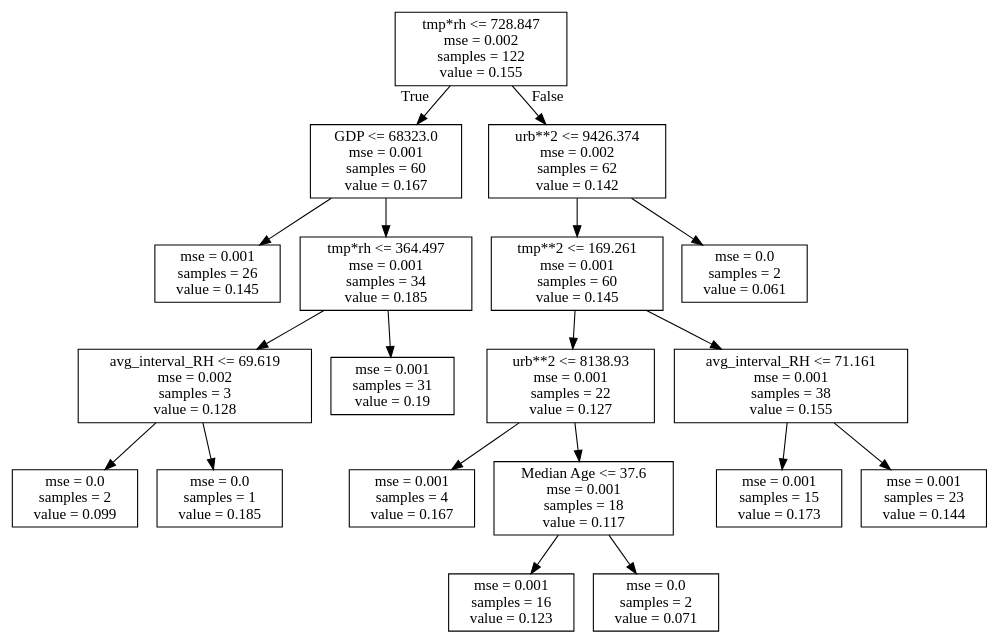
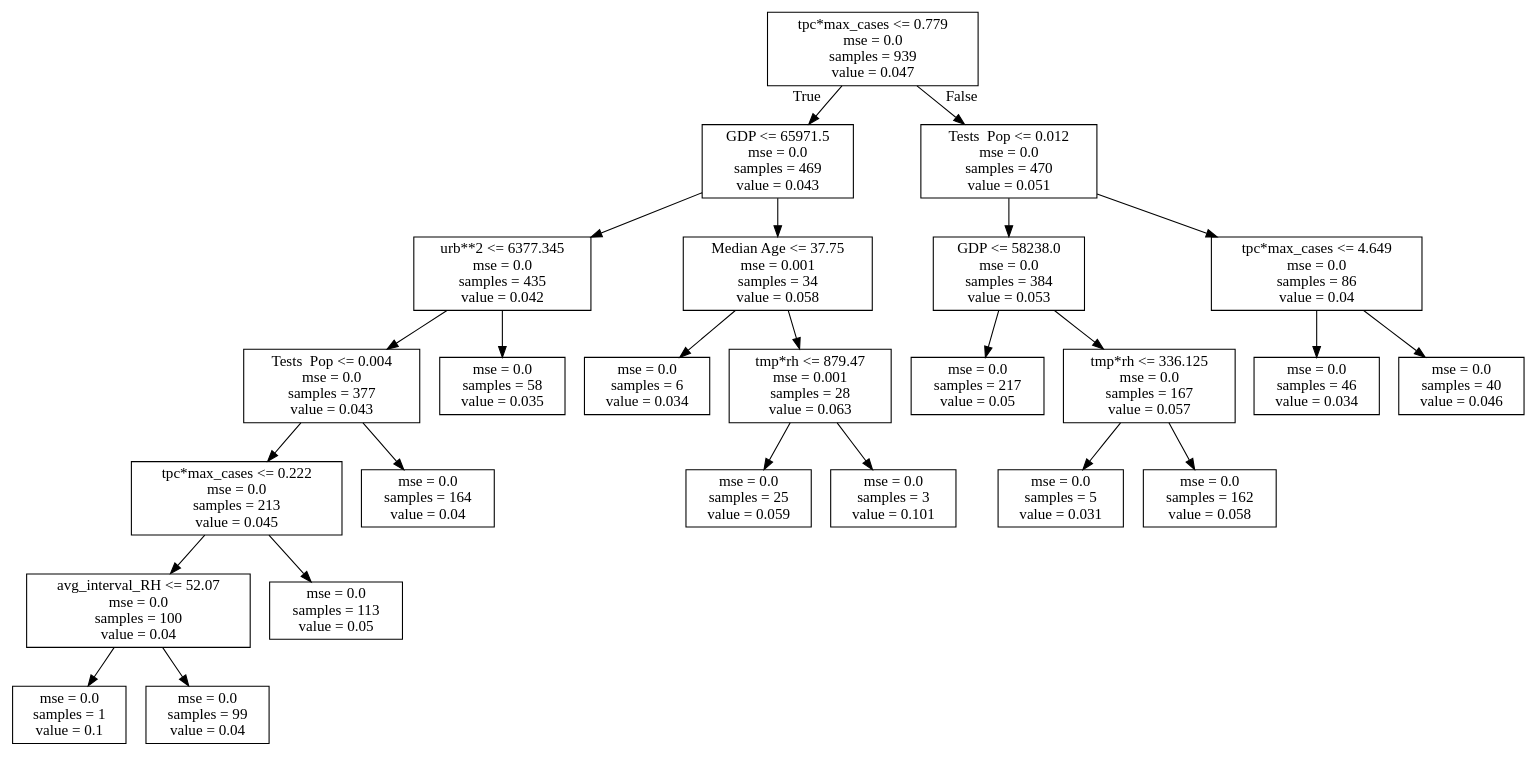
Before and after one commit to hopl1t/covid19: the diagram in products/decision_tree/decision_tree_GF_Q2_run3.dot, drawn with Graphviz. The commit also changed 55 other files, not shown here.

```diff
--- a/products/decision_tree/decision_tree_GF_Q2_run3.dot
+++ b/products/decision_tree/decision_tree_GF_Q2_run3.dot
@@ -1,40 +1,52 @@
 digraph Tree {
 node [shape=box] ;
-0 [label="tmp*rh <= 728.847\nmse = 0.002\nsamples = 122\nvalue = 0.155"] ;
-1 [label="GDP <= 68323.0\nmse = 0.001\nsamples = 60\nvalue = 0.167"] ;
+0 [label="tpc*max_cases <= 0.779\nmse = 0.0\nsamples = 939\nvalue = 0.047"] ;
+1 [label="GDP <= 65971.5\nmse = 0.0\nsamples = 469\nvalue = 0.043"] ;
 0 -> 1 [labeldistance=2.5, labelangle=45, headlabel="True"] ;
-2 [label="mse = 0.001\nsamples = 26\nvalue = 0.145"] ;
+2 [label="urb**2 <= 6377.345\nmse = 0.0\nsamples = 435\nvalue = 0.042"] ;
 1 -> 2 ;
-3 [label="tmp*rh <= 364.497\nmse = 0.001\nsamples = 34\nvalue = 0.185"] ;
-1 -> 3 ;
-4 [label="avg_interval_RH <= 69.619\nmse = 0.002\nsamples = 3\nvalue = 0.128"] ;
+3 [label="Tests \ Pop <= 0.004\nmse = 0.0\nsamples = 377\nvalue = 0.043"] ;
+2 -> 3 ;
+4 [label="tpc*max_cases <= 0.222\nmse = 0.0\nsamples = 213\nvalue = 0.045"] ;
 3 -> 4 ;
-5 [label="mse = 0.0\nsamples = 2\nvalue = 0.099"] ;
+5 [label="avg_interval_RH <= 52.07\nmse = 0.0\nsamples = 100\nvalue = 0.04"] ;
 4 -> 5 ;
-6 [label="mse = 0.0\nsamples = 1\nvalue = 0.185"] ;
-4 -> 6 ;
-7 [label="mse = 0.001\nsamples = 31\nvalue = 0.19"] ;
-3 -> 7 ;
-8 [label="urb**2 <= 9426.374\nmse = 0.002\nsamples = 62\nvalue = 0.142"] ;
-0 -> 8 [labeldistance=2.5, labelangle=-45, headlabel="False"] ;
-9 [label="tmp**2 <= 169.261\nmse = 0.001\nsamples = 60\nvalue = 0.145"] ;
-8 -> 9 ;
-10 [label="urb**2 <= 8138.93\nmse = 0.001\nsamples = 22\nvalue = 0.127"] ;
-9 -> 10 ;
-11 [label="mse = 0.001\nsamples = 4\nvalue = 0.167"] ;
-10 -> 11 ;
-12 [label="Median Age <= 37.6\nmse = 0.001\nsamples = 18\nvalue = 0.117"] ;
-10 -> 12 ;
-13 [label="mse = 0.001\nsamples = 16\nvalue = 0.123"] ;
-12 -> 13 ;
-14 [label="mse = 0.0\nsamples = 2\nvalue = 0.071"] ;
-12 -> 14 ;
-15 [label="avg_interval_RH <= 71.161\nmse = 0.001\nsamples = 38\nvalue = 0.155"] ;
-9 -> 15 ;
-16 [label="mse = 0.001\nsamples = 15\nvalue = 0.173"] ;
-15 -> 16 ;
-17 [label="mse = 0.001\nsamples = 23\nvalue = 0.144"] ;
-15 -> 17 ;
-18 [label="mse = 0.0\nsamples = 2\nvalue = 0.061"] ;
-8 -> 18 ;
+6 [label="mse = 0.0\nsamples = 1\nvalue = 0.1"] ;
+5 -> 6 ;
+7 [label="mse = 0.0\nsamples = 99\nvalue = 0.04"] ;
+5 -> 7 ;
+8 [label="mse = 0.0\nsamples = 113\nvalue = 0.05"] ;
+4 -> 8 ;
+9 [label="mse = 0.0\nsamples = 164\nvalue = 0.04"] ;
+3 -> 9 ;
+10 [label="mse = 0.0\nsamples = 58\nvalue = 0.035"] ;
+2 -> 10 ;
+11 [label="Median Age <= 37.75\nmse = 0.001\nsamples = 34\nvalue = 0.058"] ;
+1 -> 11 ;
+12 [label="mse = 0.0\nsamples = 6\nvalue = 0.034"] ;
+11 -> 12 ;
+13 [label="tmp*rh <= 879.47\nmse = 0.001\nsamples = 28\nvalue = 0.063"] ;
+11 -> 13 ;
+14 [label="mse = 0.0\nsamples = 25\nvalue = 0.059"] ;
+13 -> 14 ;
+15 [label="mse = 0.0\nsamples = 3\nvalue = 0.101"] ;
+13 -> 15 ;
+16 [label="Tests \ Pop <= 0.012\nmse = 0.0\nsamples = 470\nvalue = 0.051"] ;
+0 -> 16 [labeldistance=2.5, labelangle=-45, headlabel="False"] ;
+17 [label="GDP <= 58238.0\nmse = 0.0\nsamples = 384\nvalue = 0.053"] ;
+16 -> 17 ;
+18 [label="mse = 0.0\nsamples = 217\nvalue = 0.05"] ;
+17 -> 18 ;
+19 [label="tmp*rh <= 336.125\nmse = 0.0\nsamples = 167\nvalue = 0.057"] ;
+17 -> 19 ;
+20 [label="mse = 0.0\nsamples = 5\nvalue = 0.031"] ;
+19 -> 20 ;
+21 [label="mse = 0.0\nsamples = 162\nvalue = 0.058"] ;
+19 -> 21 ;
+22 [label="tpc*max_cases <= 4.649\nmse = 0.0\nsamples = 86\nvalue = 0.04"] ;
+16 -> 22 ;
+23 [label="mse = 0.0\nsamples = 46\nvalue = 0.034"] ;
+22 -> 23 ;
+24 [label="mse = 0.0\nsamples = 40\nvalue = 0.046"] ;
+22 -> 24 ;
 }
```
